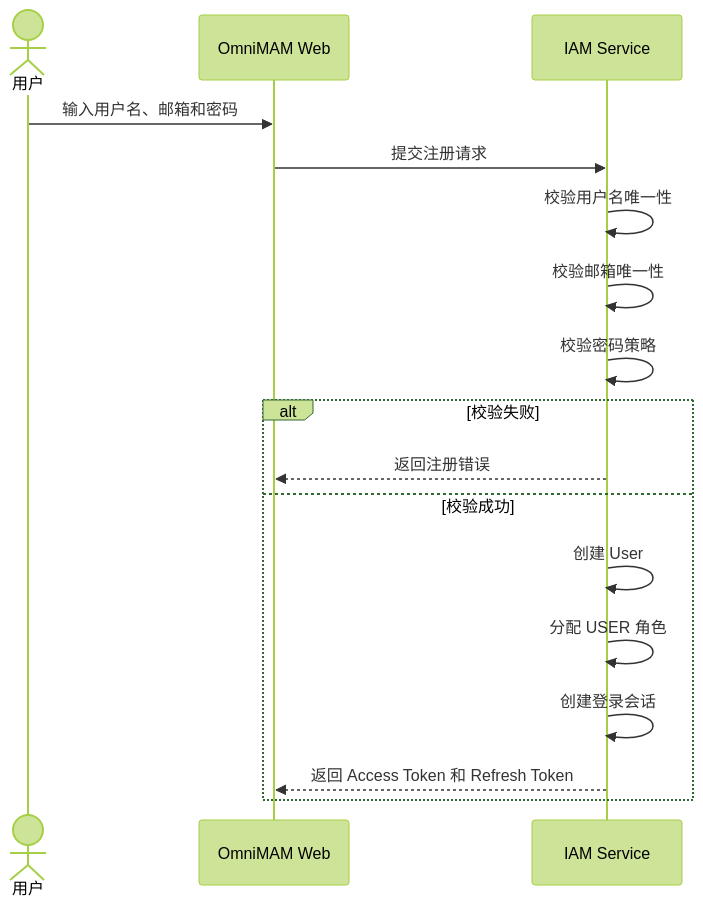
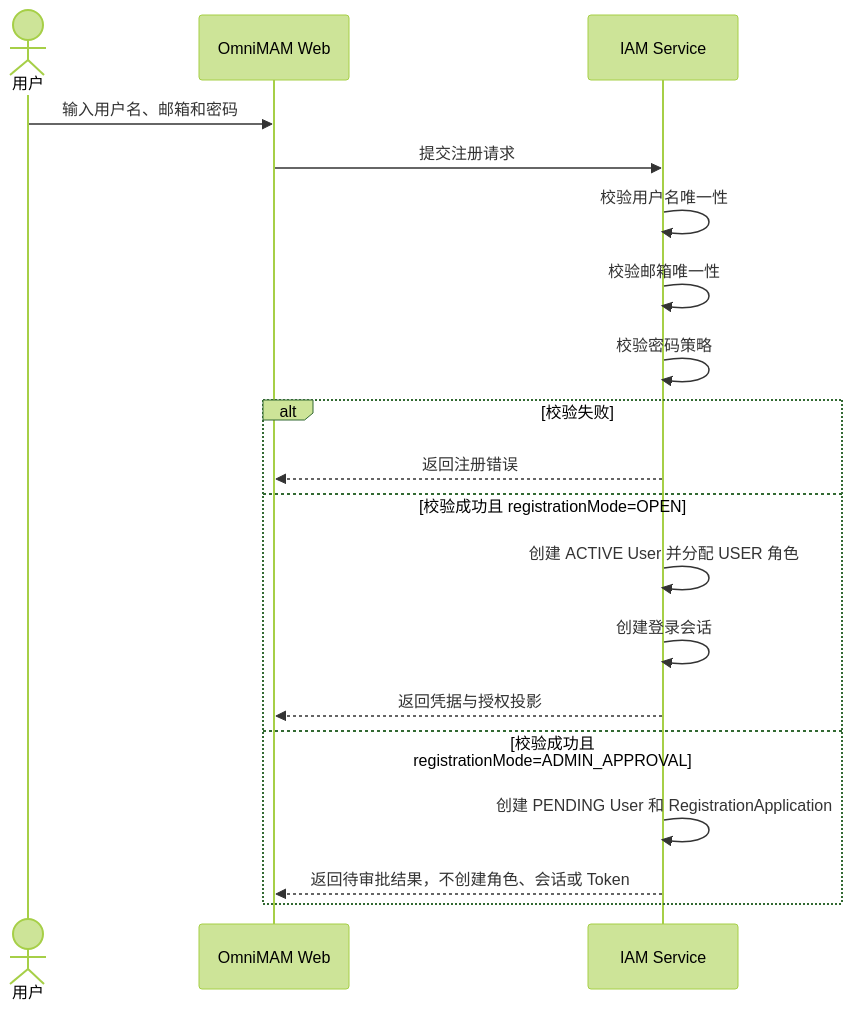
One commit to wangweihong/omnimam-spec changed the second of 10 diagrams in 00_product/domains/identity/product-spec.md. Above: the diagram before and after it, drawn with Mermaid (forest theme). The commit also changed other lines of this file and 12 other files, not shown here.

````diff
--- a/00_product/domains/identity/product-spec.md
+++ b/00_product/domains/identity/product-spec.md
@@ -640,22 +668,24 @@
 ```mermaid
 sequenceDiagram
     actor U as 用户
     participant FE as OmniMAM Web
     participant IAM as IAM Service
 
     U->>FE: 输入用户名、邮箱和密码
     FE->>IAM: 提交注册请求
 
     IAM->>IAM: 校验用户名唯一性
     IAM->>IAM: 校验邮箱唯一性
     IAM->>IAM: 校验密码策略
 
     alt 校验失败
         IAM-->>FE: 返回注册错误
-    else 校验成功
-        IAM->>IAM: 创建 User
-        IAM->>IAM: 分配 USER 角色
+    else 校验成功且 registrationMode=OPEN
+        IAM->>IAM: 创建 ACTIVE User 并分配 USER 角色
         IAM->>IAM: 创建登录会话
-        IAM-->>FE: 返回 Access Token 和 Refresh Token
+        IAM-->>FE: 返回凭据与授权投影
+    else 校验成功且 registrationMode=ADMIN_APPROVAL
+        IAM->>IAM: 创建 PENDING User 和 RegistrationApplication
+        IAM-->>FE: 返回待审批结果，不创建角色、会话或 Token
     end
 ```
````
